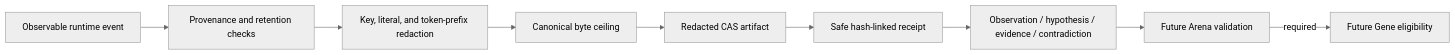
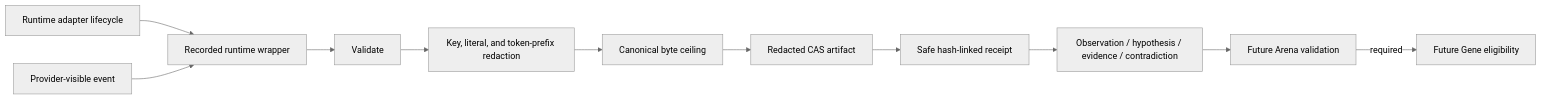
The diagram in docs/EXPERIENCE.md (randyren278/Hephaestus), drawn with Mermaid (neutral theme) before and after one commit. The commit also changed other lines of this file and 11 other files, not shown here.

First line of the commit message:
Require evidence across runtime lifecycle

````diff
--- a/docs/EXPERIENCE.md
+++ b/docs/EXPERIENCE.md
@@ -5,11 +5,13 @@
 ```mermaid
 flowchart LR
-    Runtime[Observable runtime event] --> Validate[Provenance and retention checks]
+    Runtime[Runtime adapter lifecycle] --> Wrapper[Recorded runtime wrapper]
+    Provider[Provider-visible event] --> Wrapper
+    Wrapper --> Validate
     Validate --> Redact[Key, literal, and token-prefix redaction]
     Redact --> Bound[Canonical byte ceiling]
     Bound --> CAS[Redacted CAS artifact]
     CAS --> Receipt[Safe hash-linked receipt]
     Receipt --> Experience[Observation / hypothesis / evidence / contradiction]
     Experience --> Arena[Future Arena validation]
     Arena -->|required| Gene[Future Gene eligibility]
 ```
````
